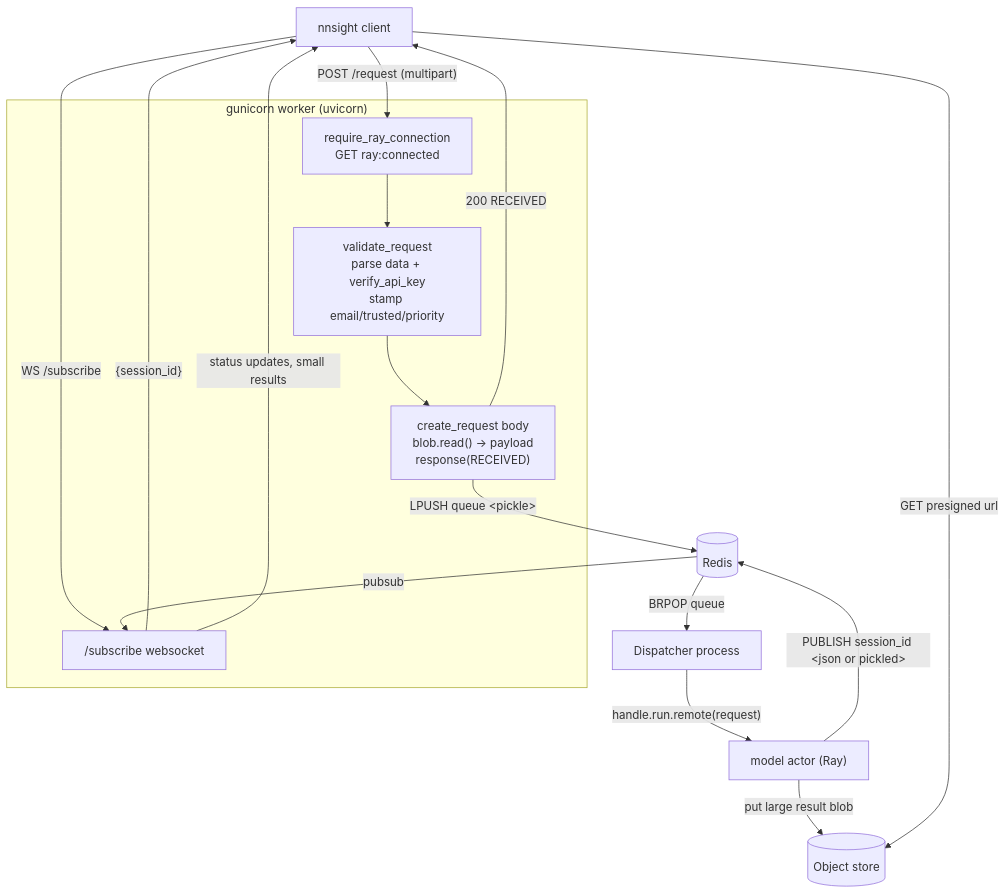
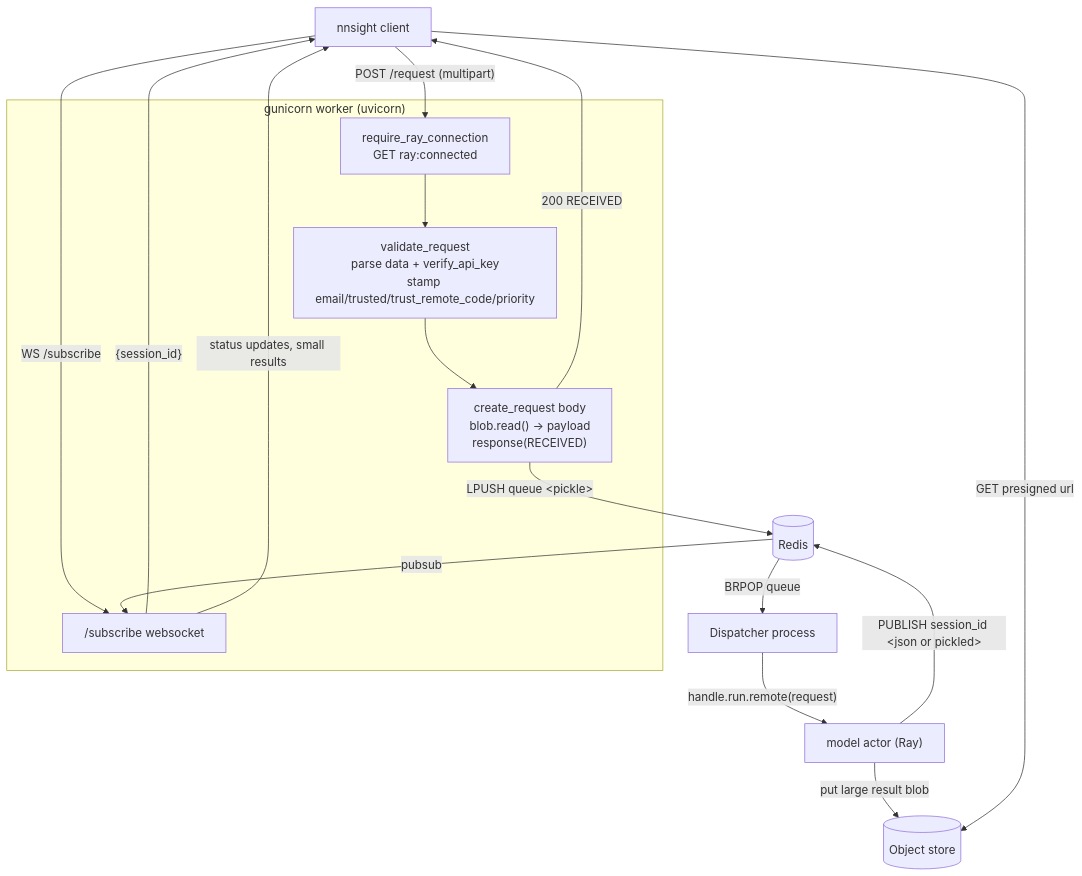
The diagram in docs/developing/api-service.md (ndif-team/ndif), drawn with Mermaid before and after one commit. The commit also changed other lines of this file and 38 other files, not shown here.

First line of the commit message:
docs: trust_remote_code lives in the model key; the API gates who deploys it

````diff
--- a/docs/developing/api-service.md
+++ b/docs/developing/api-service.md
@@ -186,26 +225,26 @@
 ```mermaid
 flowchart TB
   C["nnsight client"]
   subgraph W["gunicorn worker (uvicorn)"]
     D1["require_ray_connection<br/>GET ray:connected"]
-    D2["validate_request<br/>parse data + verify_api_key<br/>stamp email/trusted/priority"]
+    D2["validate_request<br/>parse data + verify_api_key<br/>stamp email/trusted/trust_remote_code/priority"]
     B["create_request body<br/>blob.read() -> payload<br/>response(RECEIVED)"]
     S["/subscribe websocket"]
   end
   R[("Redis")]
   DP["Dispatcher process"]
   MA["model actor (Ray)"]
   OS[("Object store")]
 
   C -- "WS /subscribe" --> S
   S -- "{session_id}" --> C
   C -- "POST /request (multipart)" --> D1 --> D2 --> B
   B -- "LPUSH queue &lt;pickle&gt;" --> R
   B -- "200 RECEIVED" --> C
   R -- "BRPOP queue" --> DP
   DP -- "handle.run.remote(request)" --> MA
   MA -- "PUBLISH session_id &lt;json or pickled&gt;" --> R
   R -- pubsub --> S -- "status updates, small results" --> C
   MA -- "put large result blob" --> OS
   C -- "GET presigned url" --> OS
 ```
````
